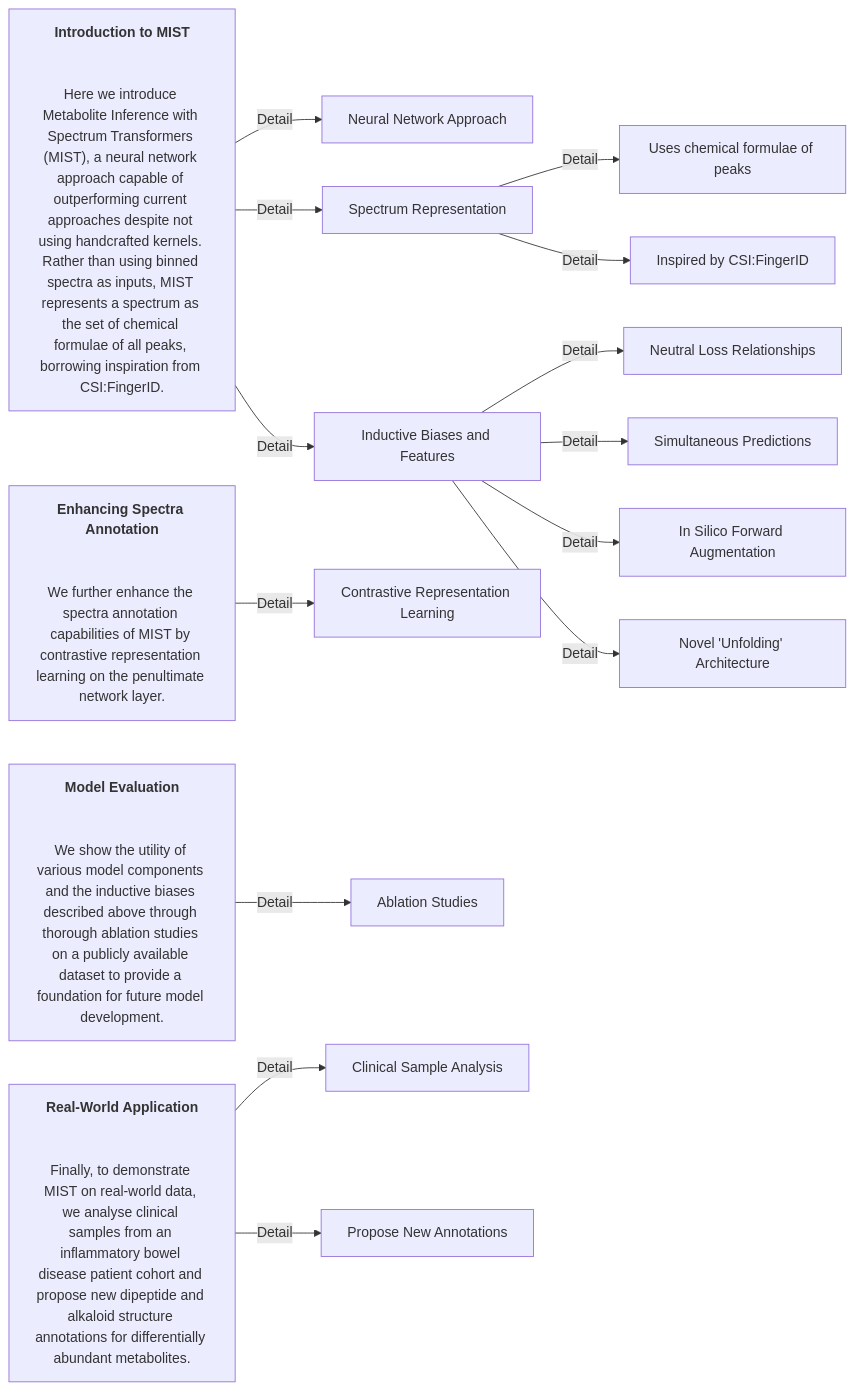
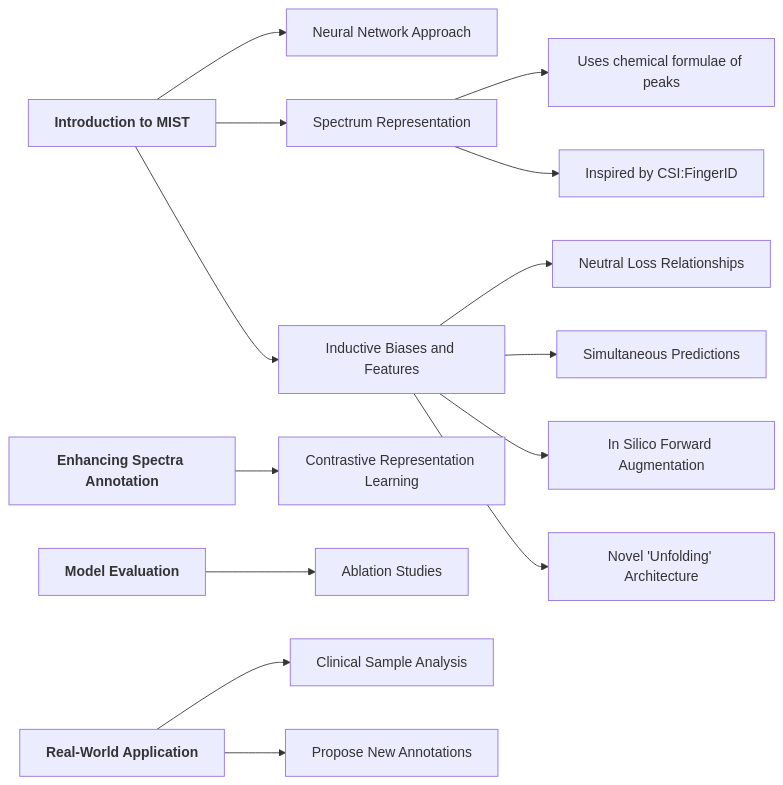
One commit to lamalab-org/toolminutes changed the diagram in papers/Metabolite_MS_Transformer/annotating-metabolite-mass-spectra-with-domain-inspired-chemical-formula-transformers.md. Above: the diagram before and after it, drawn with Mermaid.

Commit message:
flowchart

````diff
--- a/papers/Metabolite_MS_Transformer/annotating-metabolite-mass-spectra-with-domain-inspired-chemical-formula-transformers.md
+++ b/papers/Metabolite_MS_Transformer/annotating-metabolite-mass-spectra-with-domain-inspired-chemical-formula-transformers.md
@@ -7,21 +7,22 @@
 ```mermaid
 %%{init: {"flowchart": {"htmlLabels": true}} }%%
 flowchart LR;
 
-Introduction_MIST["<b><center>Introduction to MIST</center></b>\n\nHere we introduce Metabolite Inference with Spectrum Transformers (MIST), a neural network approach capable of outperforming current approaches despite not using handcrafted kernels. Rather than using binned spectra as inputs, MIST represents a spectrum as the set of chemical formulae of all peaks, borrowing inspiration from CSI:FingerID."] -->|Detail| Neural_Network_Approach["Neural Network Approach"];
-Introduction_MIST -->|Detail| Spectrum_Representation["Spectrum Representation"];
-Introduction_MIST -->|Detail| Inductive_Biases_and_Features["Inductive Biases and Features"];
-Inductive_Biases_and_Features -->|Detail| Neutral_Loss_Relationships["Neutral Loss Relationships"];
-Inductive_Biases_and_Features -->|Detail| Simultaneous_Predictions["Simultaneous Predictions"];
-Inductive_Biases_and_Features -->|Detail| In_Silico_Forward_Augmentation["In Silico Forward Augmentation"];
-Inductive_Biases_and_Features -->|Detail| Novel_Unfolding_Architecture["Novel 'Unfolding' Architecture"];
-Spectrum_Representation -->|Detail| Chemical_Formulae_of_Peaks["Uses chemical formulae of peaks"];
-Spectrum_Representation -->|Detail| Inspired_by_CSI_FingerID["Inspired by CSI:FingerID"];
+Introduction_MIST["<b><center>Introduction to MIST</center></b>"] --> Neural_Network_Approach["Neural Network Approach"];
+Introduction_MIST --> Spectrum_Representation["Spectrum Representation"];
+Introduction_MIST --> Inductive_Biases_and_Features["Inductive Biases and Features"];
+Inductive_Biases_and_Features --> Neutral_Loss_Relationships["Neutral Loss Relationships"];
+Inductive_Biases_and_Features --> Simultaneous_Predictions["Simultaneous Predictions"];
+Inductive_Biases_and_Features --> In_Silico_Forward_Augmentation["In Silico Forward Augmentation"];
+Inductive_Biases_and_Features --> Novel_Unfolding_Architecture["Novel 'Unfolding' Architecture"];
+Spectrum_Representation --> Chemical_Formulae_of_Peaks["Uses chemical formulae of peaks"];
+Spectrum_Representation --> Inspired_by_CSI_FingerID["Inspired by CSI:FingerID"];
 
-Enhancing_Spectra_Annotation["<b><center>Enhancing Spectra Annotation</center></b>\n\nWe further enhance the spectra annotation capabilities of MIST by contrastive representation learning on the penultimate network layer."] -->|Detail| Contrastive_Representation_Learning["Contrastive Representation Learning"];
-Model_Evaluation["<b><center>Model Evaluation</center></b>\n\nWe show the utility of various model components and the inductive biases described above through thorough ablation studies on a publicly available dataset to provide a foundation for future model development."] -->|Detail| Ablation_Studies["Ablation Studies"];
-Real_World_Application["<b><center>Real-World Application</center></b>\n\nFinally, to demonstrate MIST on real-world data, we analyse clinical samples from an inflammatory bowel disease patient cohort and propose new dipeptide and alkaloid structure annotations for differentially abundant metabolites."] -->|Detail| Clinical_Sample_Analysis["Clinical Sample Analysis"];
-Real_World_Application -->|Detail| Propose_New_Annotations["Propose New Annotations"];
+Enhancing_Spectra_Annotation["<b><center>Enhancing Spectra Annotation</center></b>"] --> Contrastive_Representation_Learning["Contrastive Representation Learning"];
+Model_Evaluation["<b><center>Model Evaluation</center></b>"] --> Ablation_Studies["Ablation Studies"];
+Real_World_Application["<b><center>Real-World Application</center></b>"] --> Clinical_Sample_Analysis["Clinical Sample Analysis"];
+Real_World_Application --> Propose_New_Annotations["Propose New Annotations"];
+
 
 
 ```
````
